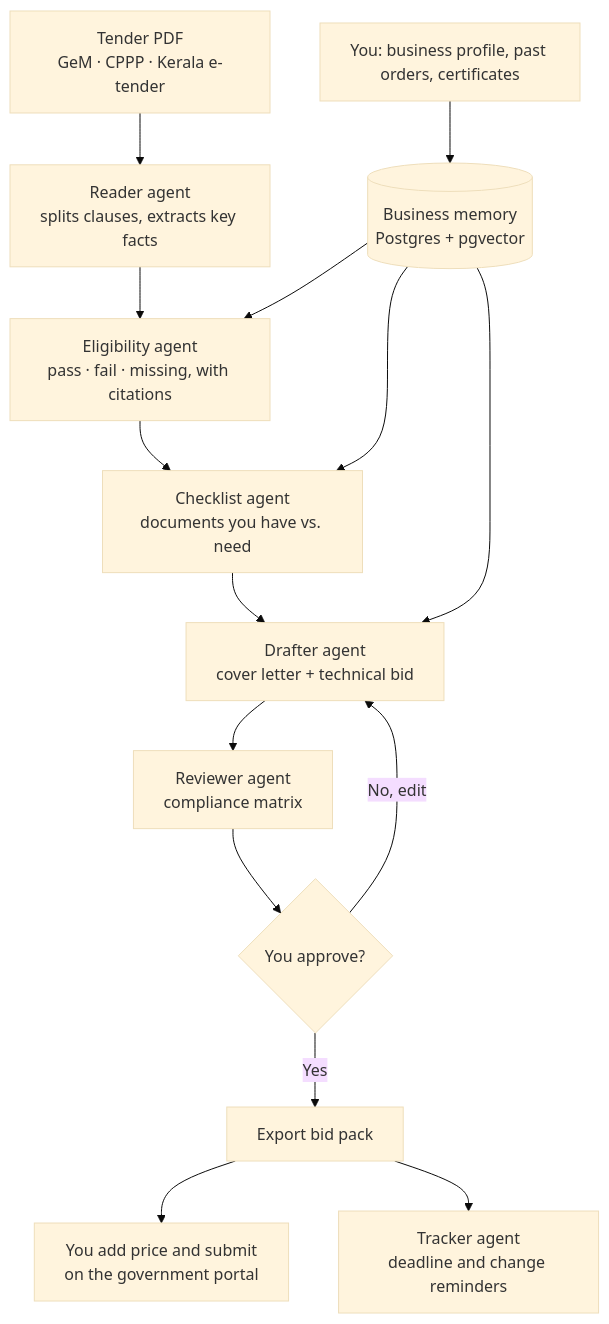
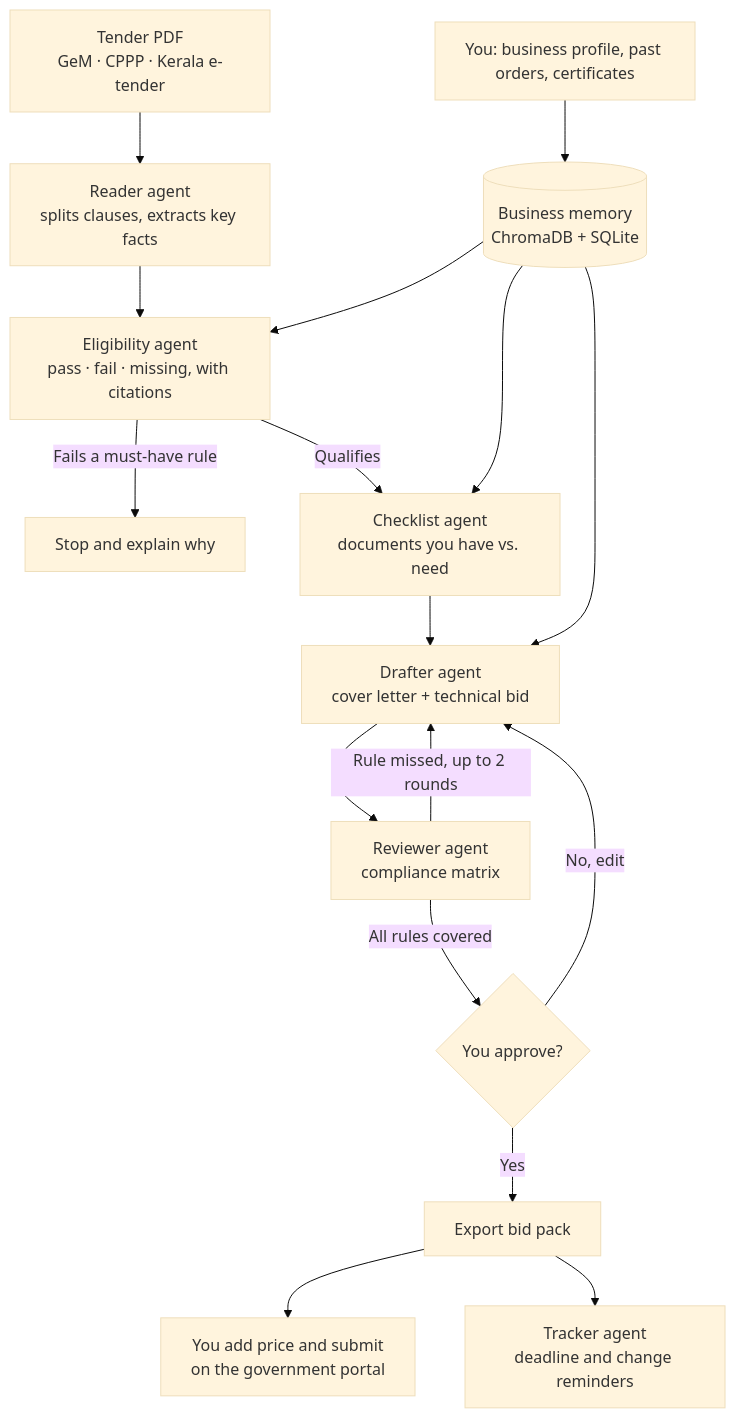
One commit to loneryderr536/TenderSathi changed the diagram in README.md. Above: the diagram before and after it, drawn with Mermaid (base theme). The commit also changed other lines of this file, not shown here.

````diff
--- a/README.md
+++ b/README.md
@@ -95,17 +95,19 @@
 ```mermaid
 flowchart TD
-    A[You: business profile, past orders, certificates] --> M[(Business memory<br/>Postgres + pgvector)]
+    A[You: business profile, past orders, certificates] --> M[(Business memory<br/>ChromaDB + SQLite)]
     B[Tender PDF<br/>GeM · CPPP · Kerala e-tender] --> C[Reader agent<br/>splits clauses, extracts key facts]
     C --> D[Eligibility agent<br/>pass · fail · missing, with citations]
     M --> D
-    D --> E[Checklist agent<br/>documents you have vs. need]
+    D -- Fails a must-have rule --> X[Stop and explain why]
+    D -- Qualifies --> E[Checklist agent<br/>documents you have vs. need]
     M --> E
     E --> F[Drafter agent<br/>cover letter + technical bid]
     M --> F
     F --> G[Reviewer agent<br/>compliance matrix]
-    G --> H{You approve?}
+    G -- Rule missed, up to 2 rounds --> F
+    G -- All rules covered --> H{You approve?}
     H -- No, edit --> F
     H -- Yes --> I[Export bid pack]
     I --> J[You add price and submit<br/>on the government portal]
     I --> K[Tracker agent<br/>deadline and change reminders]
 ```
````
